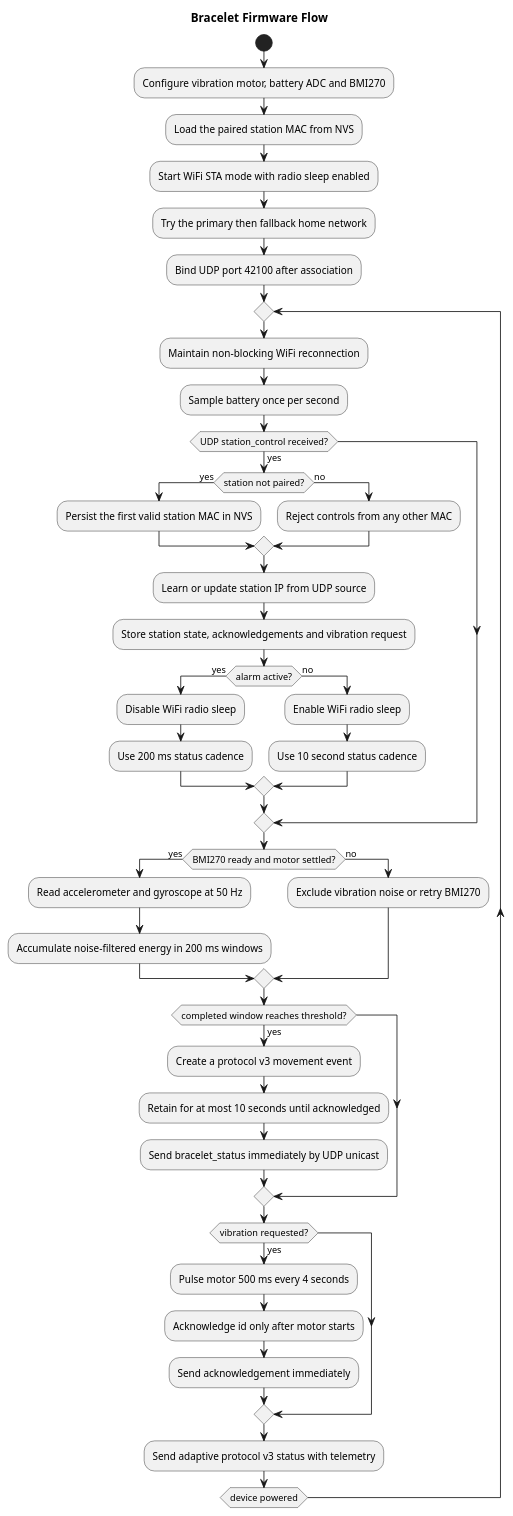
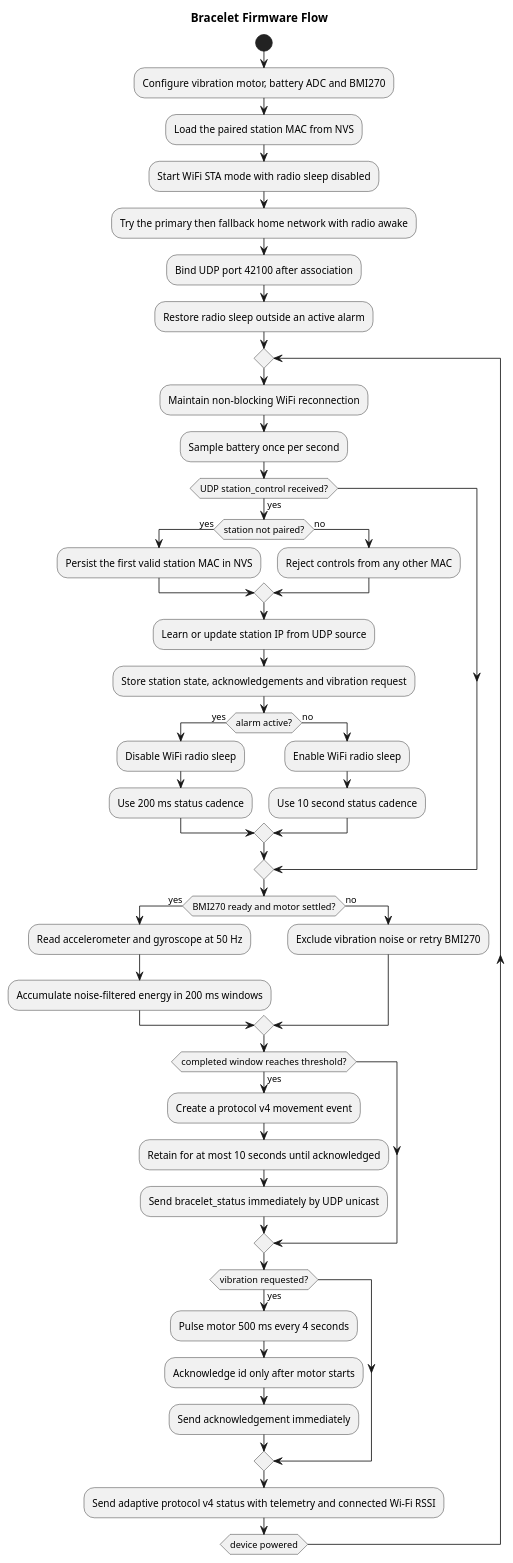
Before and after one commit to Jzn-wbr/Starter: the diagram in code/bracelet/UML/bracelet_firmware_flow.puml, drawn with PlantUML. The commit also changed 17 other files, not shown here.

```diff
--- a/code/bracelet/UML/bracelet_firmware_flow.puml
+++ b/code/bracelet/UML/bracelet_firmware_flow.puml
@@ -1,54 +1,55 @@
 @startuml
 title Bracelet Firmware Flow
 
 start
 :Configure vibration motor, battery ADC and BMI270;
 :Load the paired station MAC from NVS;
-:Start WiFi STA mode with radio sleep enabled;
-:Try the primary then fallback home network;
+:Start WiFi STA mode with radio sleep disabled;
+:Try the primary then fallback home network with radio awake;
 :Bind UDP port 42100 after association;
+:Restore radio sleep outside an active alarm;
 
 repeat
   :Maintain non-blocking WiFi reconnection;
   :Sample battery once per second;
 
   if (UDP station_control received?) then (yes)
     if (station not paired?) then (yes)
       :Persist the first valid station MAC in NVS;
     else (no)
       :Reject controls from any other MAC;
     endif
     :Learn or update station IP from UDP source;
     :Store station state, acknowledgements and vibration request;
     if (alarm active?) then (yes)
       :Disable WiFi radio sleep;
       :Use 200 ms status cadence;
     else (no)
       :Enable WiFi radio sleep;
       :Use 10 second status cadence;
     endif
   endif
 
   if (BMI270 ready and motor settled?) then (yes)
     :Read accelerometer and gyroscope at 50 Hz;
     :Accumulate noise-filtered energy in 200 ms windows;
   else (no)
     :Exclude vibration noise or retry BMI270;
   endif
 
   if (completed window reaches threshold?) then (yes)
-    :Create a protocol v3 movement event;
+    :Create a protocol v4 movement event;
     :Retain for at most 10 seconds until acknowledged;
     :Send bracelet_status immediately by UDP unicast;
   endif
 
   if (vibration requested?) then (yes)
     :Pulse motor 500 ms every 4 seconds;
     :Acknowledge id only after motor starts;
     :Send acknowledgement immediately;
   endif
 
-  :Send adaptive protocol v3 status with telemetry;
+  :Send adaptive protocol v4 status with telemetry and connected Wi-Fi RSSI;
 repeat while (device powered)
 
 @enduml
```
